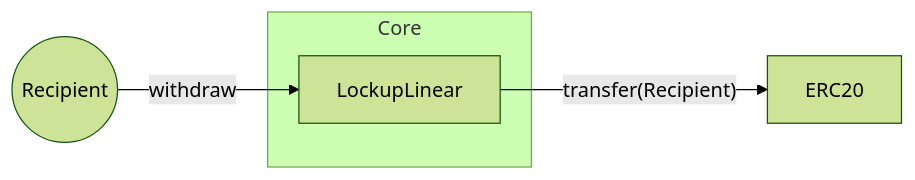
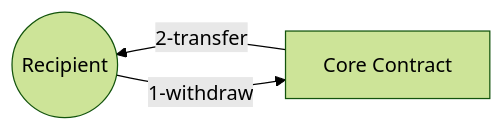
Before and after one commit to sablier-labs/docs: the sixth of 8 diagrams in docs/contracts/v2/reference/02-diagrams.md, drawn with Mermaid (forest theme). The commit also changed other lines of this file, not shown here.

Commit message:
perf: improve illustrations of lockup action diagrams

````diff
--- a/docs/contracts/v2/reference/02-diagrams.md
+++ b/docs/contracts/v2/reference/02-diagrams.md
@@ -144,10 +144,8 @@
 ```mermaid
-flowchart LR
-  E[ERC20]
-  subgraph Core
-    LL[LockupLinear]
-  end
+flowchart RL
+  CC[Core Contract]
   R((Recipient))
-  R -- "withdraw" --> LL
-  LL -- "transfer(Recipient)" --> E
+
+  R -- "1-withdraw" --> CC
+  CC -- "2-transfer" --> R
 ```
````
